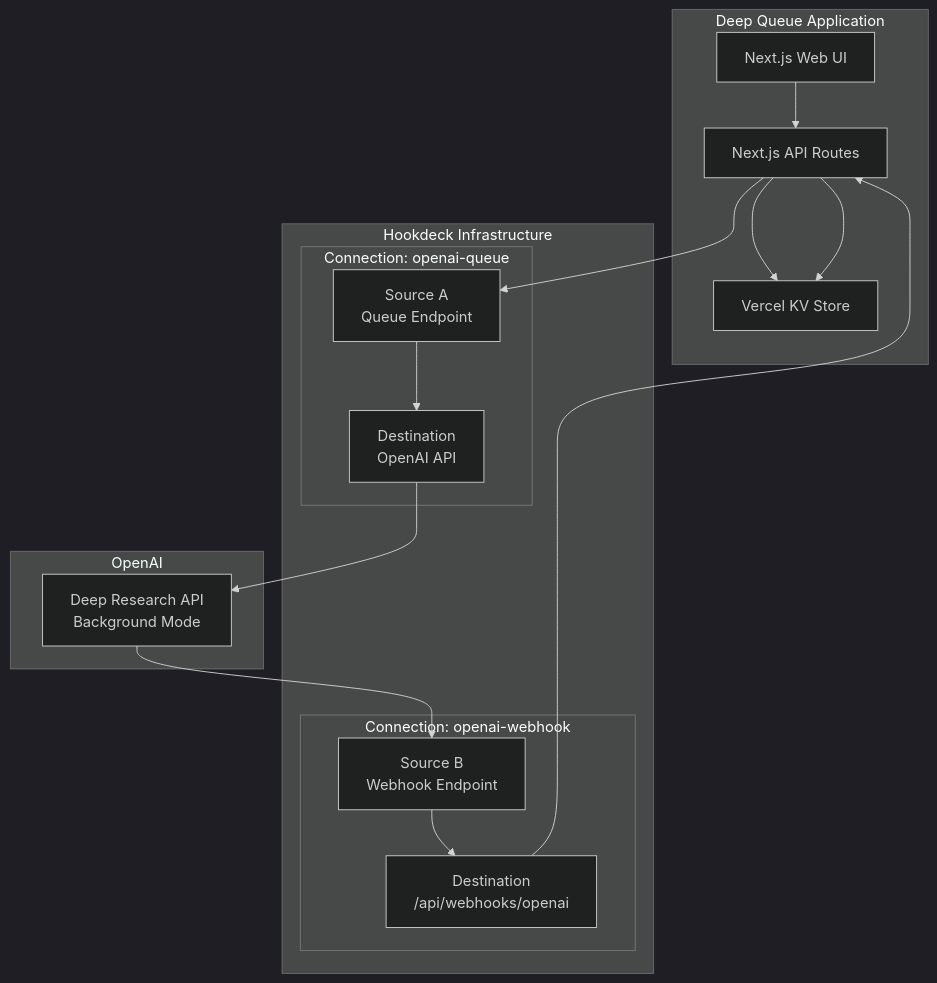
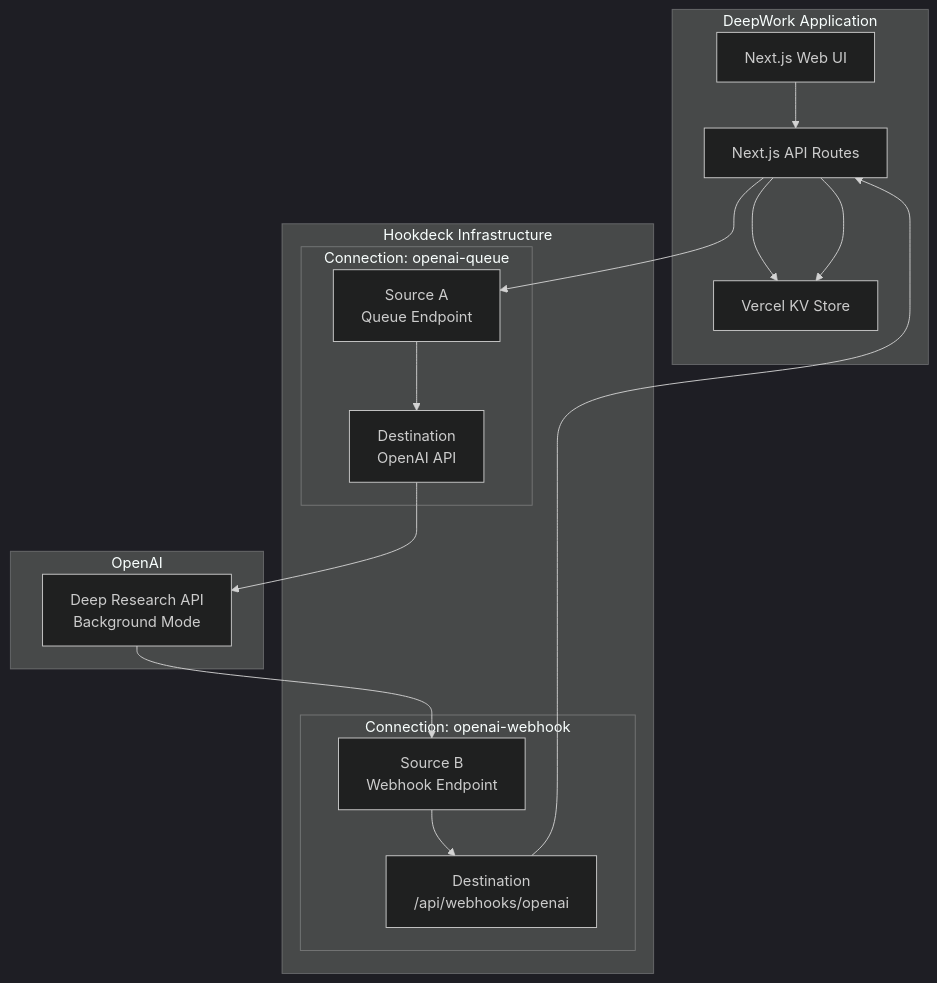
The diagram in .plans/OpenAI Hookdeck Plan.md (hookdeck/deepwork), drawn with Mermaid (dark theme) before and after one commit. The commit also changed other lines of this file and 14 other files, not shown here.

First line of the commit message:
refactor: rename Deep Queue to DeepWork throughout the codebase

````diff
--- a/.plans/OpenAI Hookdeck Plan.md
+++ b/.plans/OpenAI Hookdeck Plan.md
@@ -9,34 +9,34 @@
 ```mermaid
 graph TB
-    subgraph "Deep Queue Application"
+    subgraph "DeepWork Application"
         UI[Next.js Web UI]
         API[Next.js API Routes]
         KV[Vercel KV Store]
     end
-    
+
     subgraph "Hookdeck Infrastructure"
         subgraph "Connection: openai-queue"
             SourceA[Source A<br/>Queue Endpoint]
             DestA[Destination<br/>OpenAI API]
         end
-        
+
         subgraph "Connection: openai-webhook"
             SourceB[Source B<br/>Webhook Endpoint]
             DestB[Destination<br/>/api/webhooks/openai]
         end
     end
-    
+
     subgraph "OpenAI"
         DeepResearch[Deep Research API<br/>Background Mode]
     end
-    
+
     UI --> API
     API --> KV
     API --> SourceA
     SourceA --> DestA
     DestA --> DeepResearch
     DeepResearch --> SourceB
     SourceB --> DestB
     DestB --> API
     API --> KV
 ```
````
